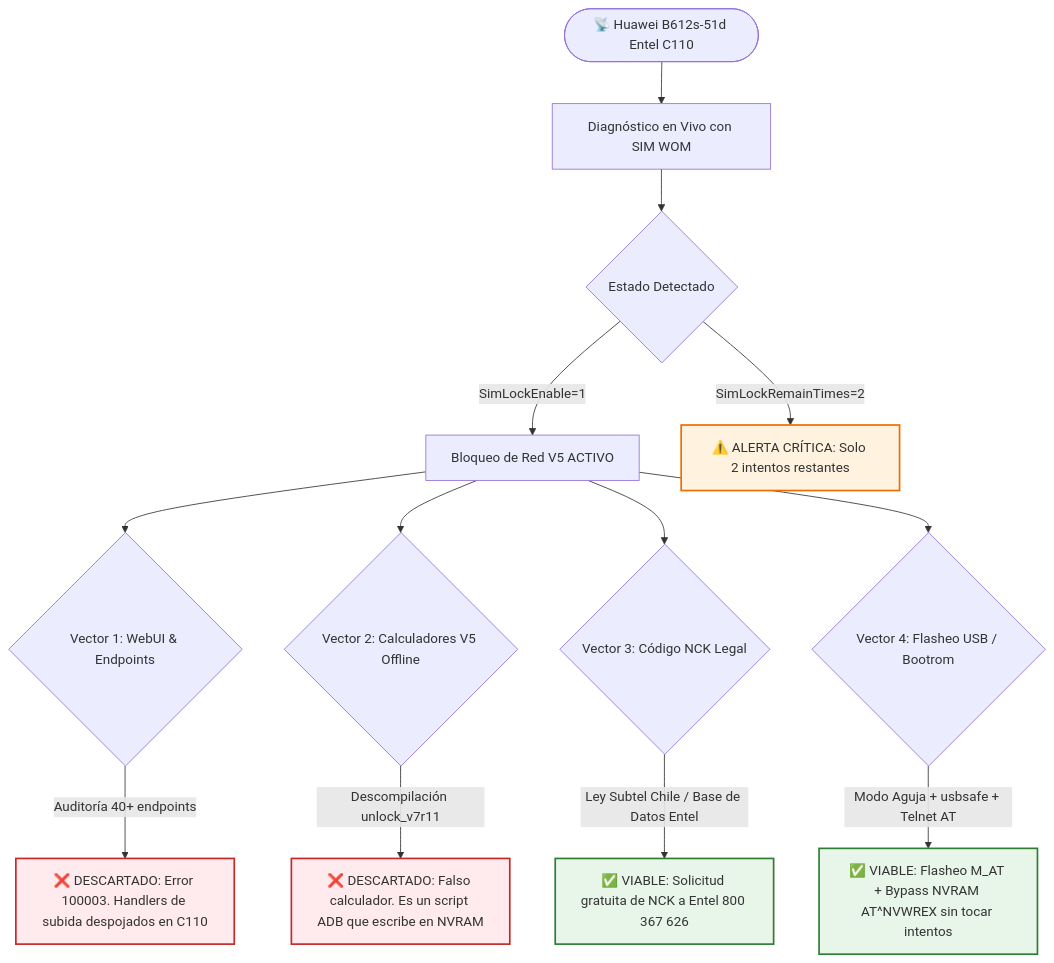
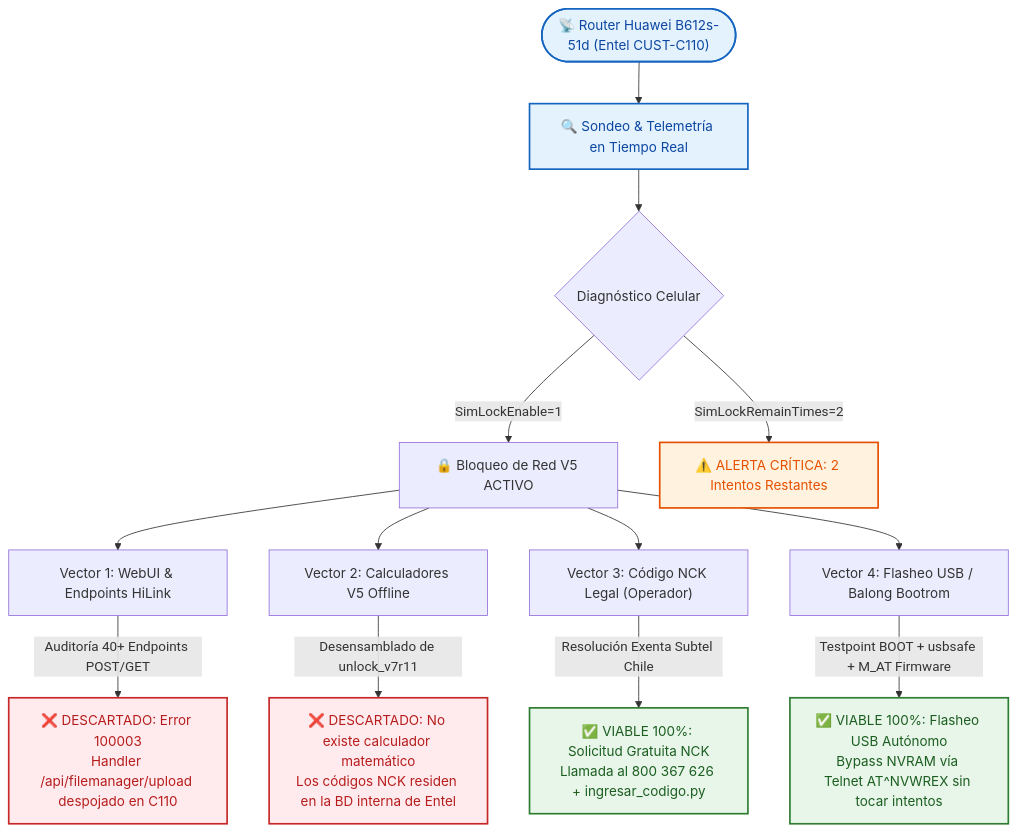
The first of 3 diagrams in README.md (davidarellano210322-glitch/huawei-b612-unlock), drawn with Mermaid before and after one commit. The commit also changed other lines of this file, not shown here.

Commit message:
Upgrade README.md to premium presentation with ASCII banners, interactive sequences, and hardware pinout diagrams

````diff
--- a/README.md
+++ b/README.md
@@ -32,24 +44,32 @@
 ```mermaid
 flowchart TD
-    Start([📡 Huawei B612s-51d Entel C110]) --> Probe[Diagnóstico en Vivo con SIM WOM]
+    %% Nodos Principales
+    Start(["📡 Router Huawei B612s-51d (Entel CUST-C110)"]) --> Scan["🔍 Sondeo & Telemetría en Tiempo Real"]
     
-    Probe --> State{Estado Detectado}
-    State -->|SimLockEnable=1| Locked[Bloqueo de Red V5 ACTIVO]
-    State -->|SimLockRemainTimes=2| Alert[⚠️ ALERTA CRÍTICA: Solo 2 intentos restantes]
-    
-    Locked --> V1{Vector 1: WebUI & Endpoints}
-    Locked --> V2{Vector 2: Calculadores V5 Offline}
-    Locked --> V3{Vector 3: Código NCK Legal}
-    Locked --> V4{Vector 4: Flasheo USB / Bootrom}
-    
-    V1 -->|Auditoría 40+ endpoints| V1_Fail[❌ DESCARTADO: Error 100003. Handlers de subida despojados en C110]
-    V2 -->|Descompilación unlock_v7r11| V2_Fail[❌ DESCARTADO: Falso calculador. Es un script ADB que escribe en NVRAM]
-    V3 -->|Ley Subtel Chile / Base de Datos Entel| V3_Success[✅ VIABLE: Solicitud gratuita de NCK a Entel 800 367 626]
-    V4 -->|Modo Aguja + usbsafe + Telnet AT| V4_Success[✅ VIABLE: Flasheo M_AT + Bypass NVRAM AT^NVWREX sin tocar intentos]
+    Scan --> State{"Diagnóstico Celular"}
+    State -->|"SimLockEnable=1"| Locked["🔒 Bloqueo de Red V5 ACTIVO"]
+    State -->|"SimLockRemainTimes=2"| Warning["⚠️ ALERTA CRÍTICA: 2 Intentos Restantes"]
 
-    style V1_Fail fill:#ffebee,stroke:#c62828,stroke-width:2px;
-    style V2_Fail fill:#ffebee,stroke:#c62828,stroke-width:2px;
-    style V3_Success fill:#e8f5e9,stroke:#2e7d32,stroke-width:2px;
-    style V4_Success fill:#e8f5e9,stroke:#2e7d32,stroke-width:2px;
-    style Alert fill:#fff3e0,stroke:#ef6c00,stroke-width:2px;
+    Locked --> V1["Vector 1: WebUI & Endpoints HiLink"]
+    Locked --> V2["Vector 2: Calculadores V5 Offline"]
+    Locked --> V3["Vector 3: Código NCK Legal (Operador)"]
+    Locked --> V4["Vector 4: Flasheo USB / Balong Bootrom"]
+
+    %% Evaluacion de Vectores
+    V1 -->|"Auditoría 40+ Endpoints POST/GET"| V1_Res["❌ DESCARTADO: Error 100003<br/>Handler /api/filemanager/upload despojado en C110"]
+    V2 -->|"Desensamblado de unlock_v7r11"| V2_Res["❌ DESCARTADO: No existe calculador matemático<br/>Los códigos NCK residen en la BD interna de Entel"]
+    V3 -->|"Resolución Exenta Subtel Chile"| V3_Res["✅ VIABLE 100%: Solicitud Gratuita NCK<br/>Llamada al 800 367 626 + ingresar_codigo.py"]
+    V4 -->|"Testpoint BOOT + usbsafe + M_AT Firmware"| V4_Res["✅ VIABLE 100%: Flasheo USB Autónomo<br/>Bypass NVRAM vía Telnet AT^NVWREX sin tocar intentos"]
+
+    %% Estilos de Nodos
+    classDef default font-family:Inter,sans-serif;
+    classDef blocked fill:#ffebee,stroke:#c62828,stroke-width:2px,color:#b71c1c;
+    classDef success fill:#e8f5e9,stroke:#2e7d32,stroke-width:2px,color:#1b5e20;
+    classDef critical fill:#fff3e0,stroke:#e65100,stroke-width:2px,color:#e65100;
+    classDef primary fill:#e3f2fd,stroke:#1565c0,stroke-width:2px,color:#0d47a1;
+
+    class Start,Scan primary;
+    class Warning critical;
+    class V1_Res,V2_Res blocked;
+    class V3_Res,V4_Res success;
 ```
````
